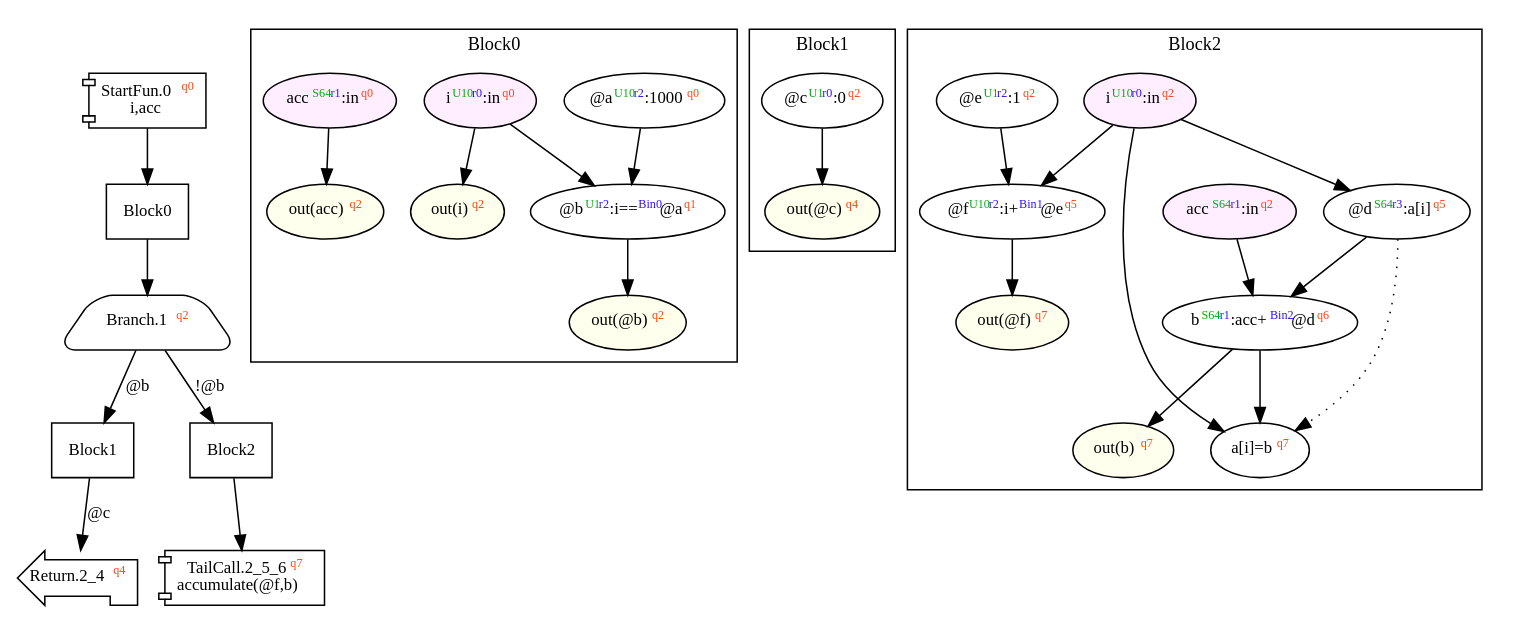
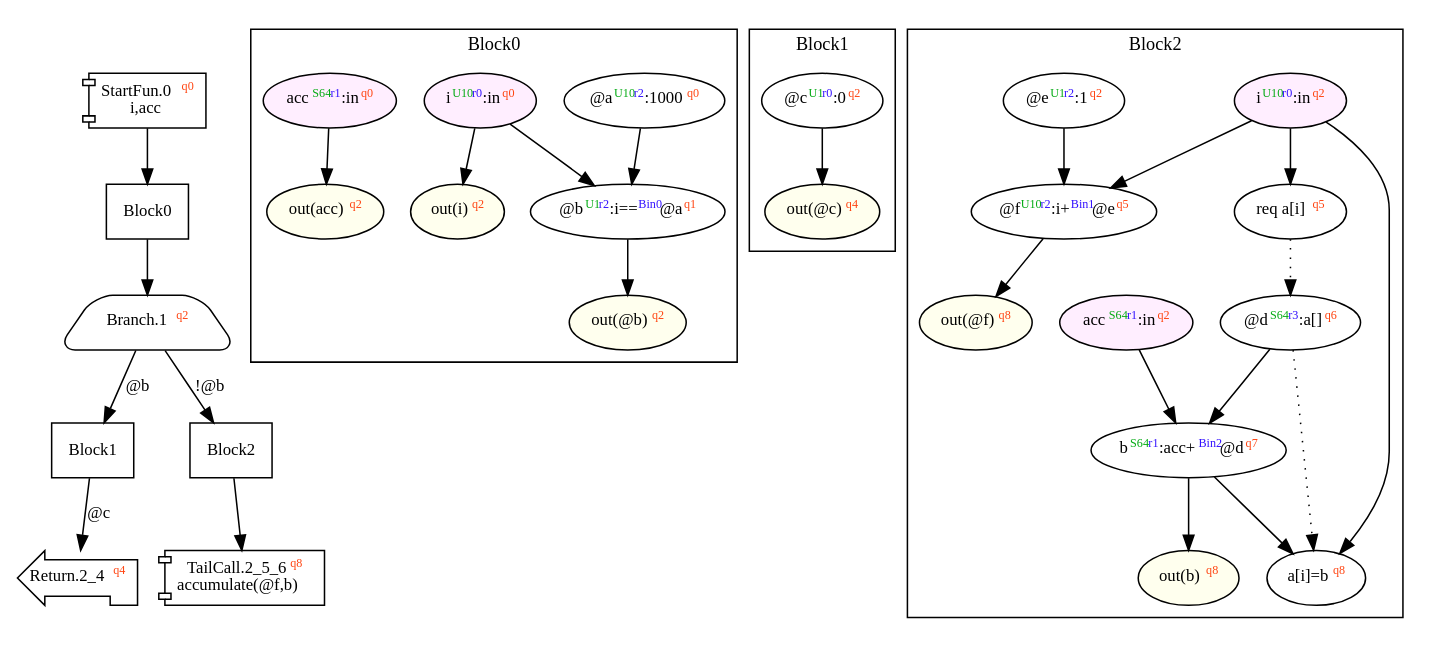
One commit to akouryy/SyntheScala changed the diagram in dist/accumulate.dot. Above: the diagram before and after it, drawn with Graphviz. The commit also changed 25 other files, not shown here.

```diff
--- a/dist/accumulate.dot
+++ b/dist/accumulate.dot
@@ -1,67 +1,69 @@
 digraph Program_ {
   graph [fontname = "Monaco", fontsize = 12, ranksep = 0.5];
   node [shape = box, fontname = "Monaco", fontsize = 11; colorscheme = pastel19];
   edge [fontname = "Monaco", fontsize = 11; colorscheme = pastel19];
   Jump0[label = <StartFun.0<font color="#ff4411" point-size="8"><sup>q0</sup></font><br/>i,acc>; shape = component];
   Jump0 -> Block0;
   Jump1[
     label = <Branch.1<font color="#ff4411" point-size="8"><sup>q2</sup></font>>;
     shape = trapezium; style = rounded;
   ];
   Block0 -> Jump1;
   Jump1 -> Block1 [label="@b"];
   Jump1 -> Block2 [label="!@b"];
   Jump2_4[label = <Return.2_4<font color="#ff4411" point-size="8"><sup>q4</sup></font>>; shape = lpromoter];
   Block1 -> Jump2_4 [label="@c"];
-  Jump2_5_6[label = <TailCall.2_5_6<font color="#ff4411" point-size="8"><sup>q7</sup></font><br/>accumulate(@f,b)>; shape = component];
+  Jump2_5_6[label = <TailCall.2_5_6<font color="#ff4411" point-size="8"><sup>q8</sup></font><br/>accumulate(@f,b)>; shape = component];
   Block2 -> Jump2_5_6;
   Block0 [label = "Block0"];
   Block1 [label = "Block1"];
   Block2 [label = "Block2"];
   subgraph cluster_dfg_Block0 {
     node [shape = oval];
     label = "Block0";
     0 [label=<@a<font color="#00aa11" point-size="8"><sup>U10</sup></font><font color="#3311ff" point-size="8"><sup>r2</sup></font>:1000<font color="#ff4411" point-size="8"><sup>q0</sup></font>>; ];
+    20 [label=<out(@b)<font color="#ff4411" point-size="8"><sup>q2</sup></font>>; style="filled"; fillcolor="#ffffee";];
     1 [label=<@b<font color="#00aa11" point-size="8"><sup>U1</sup></font><font color="#3311ff" point-size="8"><sup>r2</sup></font>:i==<font color="#3311ff" point-size="8"><sup>Bin0</sup></font>@a<font color="#ff4411" point-size="8"><sup>q1</sup></font>>; ];
-    17 [label=<out(acc)<font color="#ff4411" point-size="8"><sup>q2</sup></font>>; style="filled"; fillcolor="#ffffee";];
-    18 [label=<out(i)<font color="#ff4411" point-size="8"><sup>q2</sup></font>>; style="filled"; fillcolor="#ffffee";];
-    16 [label=<i<font color="#00aa11" point-size="8"><sup>U10</sup></font><font color="#3311ff" point-size="8"><sup>r0</sup></font>:in<font color="#ff4411" point-size="8"><sup>q0</sup></font>>; style="filled"; fillcolor="#ffeeff";];
-    19 [label=<out(@b)<font color="#ff4411" point-size="8"><sup>q2</sup></font>>; style="filled"; fillcolor="#ffffee";];
-    15 [label=<acc<font color="#00aa11" point-size="8"><sup>S64</sup></font><font color="#3311ff" point-size="8"><sup>r1</sup></font>:in<font color="#ff4411" point-size="8"><sup>q0</sup></font>>; style="filled"; fillcolor="#ffeeff";];
+    17 [label=<i<font color="#00aa11" point-size="8"><sup>U10</sup></font><font color="#3311ff" point-size="8"><sup>r0</sup></font>:in<font color="#ff4411" point-size="8"><sup>q0</sup></font>>; style="filled"; fillcolor="#ffeeff";];
+    18 [label=<out(acc)<font color="#ff4411" point-size="8"><sup>q2</sup></font>>; style="filled"; fillcolor="#ffffee";];
+    16 [label=<acc<font color="#00aa11" point-size="8"><sup>S64</sup></font><font color="#3311ff" point-size="8"><sup>r1</sup></font>:in<font color="#ff4411" point-size="8"><sup>q0</sup></font>>; style="filled"; fillcolor="#ffeeff";];
+    19 [label=<out(i)<font color="#ff4411" point-size="8"><sup>q2</sup></font>>; style="filled"; fillcolor="#ffffee";];
     0 -> 1;
-    1 -> 19;
-    15 -> 17;
-    16 -> 1;
+    1 -> 20;
     16 -> 18;
+    17 -> 1;
+    17 -> 19;
   }
   subgraph cluster_dfg_Block1 {
     node [shape = oval];
     label = "Block1";
     2 [label=<@c<font color="#00aa11" point-size="8"><sup>U1</sup></font><font color="#3311ff" point-size="8"><sup>r0</sup></font>:0<font color="#ff4411" point-size="8"><sup>q2</sup></font>>; ];
-    11 [label=<out(@c)<font color="#ff4411" point-size="8"><sup>q4</sup></font>>; style="filled"; fillcolor="#ffffee";];
-    2 -> 11;
+    12 [label=<out(@c)<font color="#ff4411" point-size="8"><sup>q4</sup></font>>; style="filled"; fillcolor="#ffffee";];
+    2 -> 12;
   }
   subgraph cluster_dfg_Block2 {
     node [shape = oval];
     label = "Block2";
-    5 [label=<a[i]=b<font color="#ff4411" point-size="8"><sup>q7</sup></font>>; ];
-    20 [label=<out(@f)<font color="#ff4411" point-size="8"><sup>q7</sup></font>>; style="filled"; fillcolor="#ffffee";];
-    6 [label=<@e<font color="#00aa11" point-size="8"><sup>U1</sup></font><font color="#3311ff" point-size="8"><sup>r2</sup></font>:1<font color="#ff4411" point-size="8"><sup>q2</sup></font>>; ];
-    21 [label=<out(b)<font color="#ff4411" point-size="8"><sup>q7</sup></font>>; style="filled"; fillcolor="#ffffee";];
-    13 [label=<i<font color="#00aa11" point-size="8"><sup>U10</sup></font><font color="#3311ff" point-size="8"><sup>r0</sup></font>:in<font color="#ff4411" point-size="8"><sup>q2</sup></font>>; style="filled"; fillcolor="#ffeeff";];
-    12 [label=<acc<font color="#00aa11" point-size="8"><sup>S64</sup></font><font color="#3311ff" point-size="8"><sup>r1</sup></font>:in<font color="#ff4411" point-size="8"><sup>q2</sup></font>>; style="filled"; fillcolor="#ffeeff";];
-    7 [label=<@f<font color="#00aa11" point-size="8"><sup>U10</sup></font><font color="#3311ff" point-size="8"><sup>r2</sup></font>:i+<font color="#3311ff" point-size="8"><sup>Bin1</sup></font>@e<font color="#ff4411" point-size="8"><sup>q5</sup></font>>; ];
-    3 [label=<@d<font color="#00aa11" point-size="8"><sup>S64</sup></font><font color="#3311ff" point-size="8"><sup>r3</sup></font>:a[i]<font color="#ff4411" point-size="8"><sup>q5</sup></font>>; ];
-    4 [label=<b<font color="#00aa11" point-size="8"><sup>S64</sup></font><font color="#3311ff" point-size="8"><sup>r1</sup></font>:acc+<font color="#3311ff" point-size="8"><sup>Bin2</sup></font>@d<font color="#ff4411" point-size="8"><sup>q6</sup></font>>; ];
-    3 -> 4;
+    5 [label=<b<font color="#00aa11" point-size="8"><sup>S64</sup></font><font color="#3311ff" point-size="8"><sup>r1</sup></font>:acc+<font color="#3311ff" point-size="8"><sup>Bin2</sup></font>@d<font color="#ff4411" point-size="8"><sup>q7</sup></font>>; ];
+    14 [label=<i<font color="#00aa11" point-size="8"><sup>U10</sup></font><font color="#3311ff" point-size="8"><sup>r0</sup></font>:in<font color="#ff4411" point-size="8"><sup>q2</sup></font>>; style="filled"; fillcolor="#ffeeff";];
+    6 [label=<a[i]=b<font color="#ff4411" point-size="8"><sup>q8</sup></font>>; ];
+    21 [label=<out(@f)<font color="#ff4411" point-size="8"><sup>q8</sup></font>>; style="filled"; fillcolor="#ffffee";];
+    13 [label=<acc<font color="#00aa11" point-size="8"><sup>S64</sup></font><font color="#3311ff" point-size="8"><sup>r1</sup></font>:in<font color="#ff4411" point-size="8"><sup>q2</sup></font>>; style="filled"; fillcolor="#ffeeff";];
+    22 [label=<out(b)<font color="#ff4411" point-size="8"><sup>q8</sup></font>>; style="filled"; fillcolor="#ffffee";];
+    7 [label=<@e<font color="#00aa11" point-size="8"><sup>U1</sup></font><font color="#3311ff" point-size="8"><sup>r2</sup></font>:1<font color="#ff4411" point-size="8"><sup>q2</sup></font>>; ];
+    3 [label=<req a[i]<font color="#ff4411" point-size="8"><sup>q5</sup></font>>; ];
+    8 [label=<@f<font color="#00aa11" point-size="8"><sup>U10</sup></font><font color="#3311ff" point-size="8"><sup>r2</sup></font>:i+<font color="#3311ff" point-size="8"><sup>Bin1</sup></font>@e<font color="#ff4411" point-size="8"><sup>q5</sup></font>>; ];
+    4 [label=<@d<font color="#00aa11" point-size="8"><sup>S64</sup></font><font color="#3311ff" point-size="8"><sup>r3</sup></font>:a[]<font color="#ff4411" point-size="8"><sup>q6</sup></font>>; ];
     4 -> 5;
-    4 -> 21;
-    6 -> 7;
-    7 -> 20;
-    12 -> 4;
-    13 -> 3;
+    5 -> 6;
+    5 -> 22;
+    7 -> 8;
+    8 -> 21;
     13 -> 5;
-    13 -> 7;
-    3 -> 5 [style = dotted];
+    14 -> 3;
+    14 -> 6;
+    14 -> 8;
+    3 -> 4 [style = dotted];
+    4 -> 6 [style = dotted];
   }
 }
```
